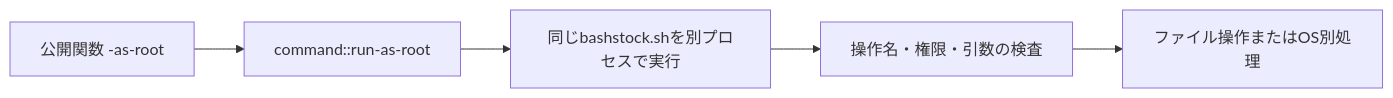
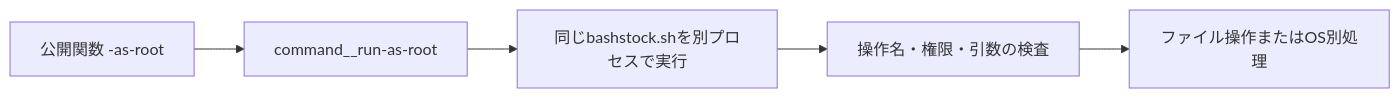
Before and after one commit to yuusakuri/bashstock: the second of 2 diagrams in docs/explanation/architecture.md, drawn with Mermaid. The commit also changed other lines of this file and 273 other files, not shown here.

````diff
--- a/docs/explanation/architecture.md
+++ b/docs/explanation/architecture.md
@@ -64,12 +64,12 @@
 ```mermaid
 flowchart LR
   Public[公開関数 -as-root]
-  Runner[command::run-as-root]
+  Runner[command__run-as-root]
   Process[同じbashstock.shを別プロセスで実行]
   Dispatch[操作名・権限・引数の検査]
   Operation[ファイル操作またはOS別処理]
   Public --> Runner
   Runner --> Process
   Process --> Dispatch
   Dispatch --> Operation
 ```
````
